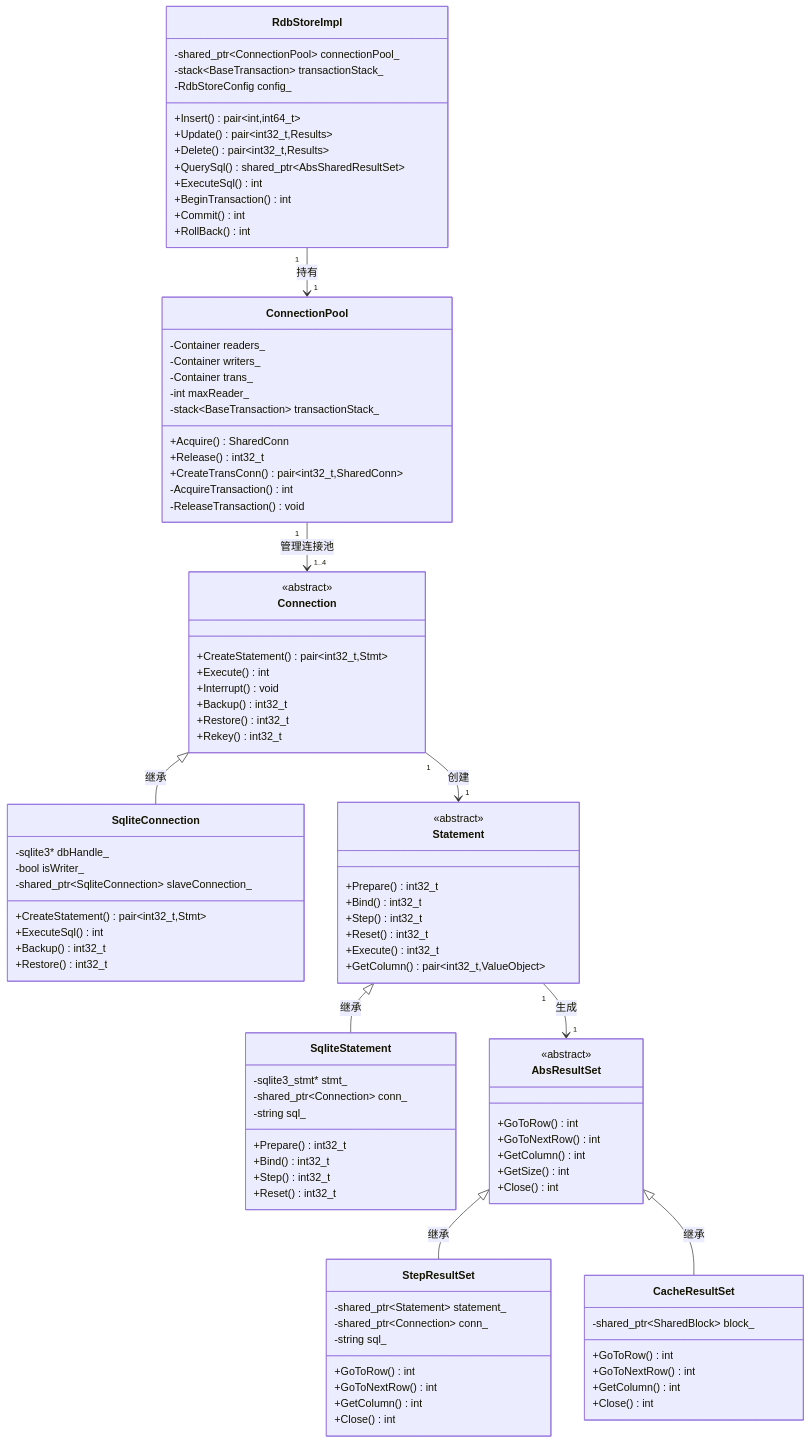
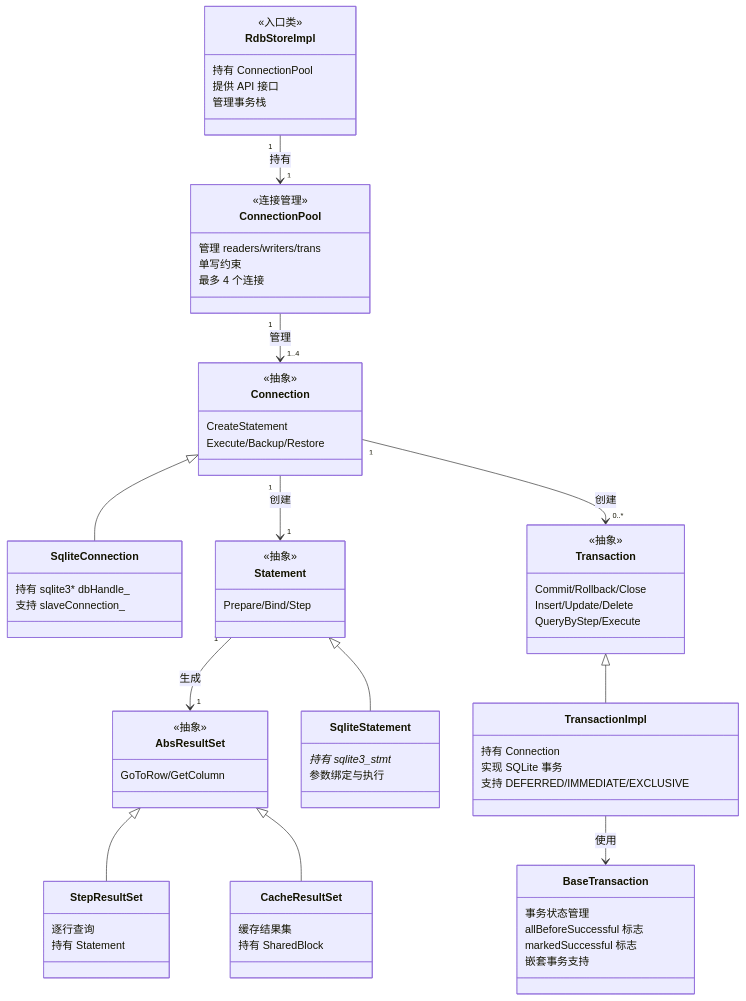
One commit to openharmony/distributeddatamgr_relational_store changed the diagram in docs/rdb_native.md. Above: the diagram before and after it, drawn with Mermaid. The commit also changed other lines of this file and 1 other file, not shown here.

Commit message:
docs: 更新 AGENTS.md 和 rdb_native.md 文档内容
1. AGENTS.md: 完善代码目录分层结构说明，增加分层原则；简化技术栈和核心依赖表；优化 Pitfall 描述；修正模块名(icu->relational_store_icu)；简化外部依赖降级策略；更新 Docs Index 排序

2. rdb_native.md: 简化类图使用简洁描述；增加 Transaction/BaseTransaction 类图节点；精简核心类说明；增加 Connection 职责边界说明；更新目录结构增加 transaction 文件

3. 根据检视意见修改：补充 rd 目录；删除无关 Anti-Patterns 条目；ability_runtime 降级策略改为功能降级而非交叉引用 Pitfall 3

Fixes #2518

````diff
--- a/docs/rdb_native.md
+++ b/docs/rdb_native.md
@@ -7,105 +7,84 @@
 ```mermaid
 classDiagram
     class RdbStoreImpl {
-        -shared_ptr~ConnectionPool~ connectionPool_
-        -stack~BaseTransaction~ transactionStack_
-        -RdbStoreConfig config_
-        +Insert() pair~int,int64_t~
-        +Update() pair~int32_t,Results~
-        +Delete() pair~int32_t,Results~
-        +QuerySql() shared_ptr~AbsSharedResultSet~
-        +ExecuteSql() int
-        +BeginTransaction() int
-        +Commit() int
-        +RollBack() int
+        <<入口类>>
+        持有 ConnectionPool
+        提供 API 接口
+        管理事务栈
     }
 
     class ConnectionPool {
-        -Container readers_
-        -Container writers_
-        -Container trans_
-        -int maxReader_
-        -stack~BaseTransaction~ transactionStack_
-        +Acquire() SharedConn
-        +Release() int32_t
-        +CreateTransConn() pair~int32_t,SharedConn~
-        -AcquireTransaction() int
-        -ReleaseTransaction() void
+        <<连接管理>>
+        管理 readers/writers/trans
+        单写约束
+        最多 4 个连接
     }
 
     class Connection {
-        <<abstract>>
-        +CreateStatement() pair~int32_t,Stmt~
-        +Execute() int
-        +Interrupt() void
-        +Backup() int32_t
-        +Restore() int32_t
-        +Rekey() int32_t
+        <<抽象>>
+        CreateStatement
+        Execute/Backup/Restore
     }
 
     class SqliteConnection {
-        -sqlite3* dbHandle_
-        -bool isWriter_
-        -shared_ptr~SqliteConnection~ slaveConnection_
-        +CreateStatement() pair~int32_t,Stmt~
-        +ExecuteSql() int
-        +Backup() int32_t
-        +Restore() int32_t
+        持有 sqlite3* dbHandle_
+        支持 slaveConnection_
+    }
+
+    class Transaction {
+        <<抽象>>
+        Commit/Rollback/Close
+        Insert/Update/Delete
+        QueryByStep/Execute
+    }
+
+    class TransactionImpl {
+        持有 Connection
+        实现 SQLite 事务
+        支持 DEFERRED/IMMEDIATE/EXCLUSIVE
+    }
+
+    class BaseTransaction {
+        事务状态管理
+        allBeforeSuccessful 标志
+        markedSuccessful 标志
+        嵌套事务支持
     }
 
     class Statement {
-        <<abstract>>
-        +Prepare() int32_t
-        +Bind() int32_t
-        +Step() int32_t
-        +Reset() int32_t
-        +Execute() int32_t
-        +GetColumn() pair~int32_t,ValueObject~
+        <<抽象>>
+        Prepare/Bind/Step
     }
 
     class SqliteStatement {
-        -sqlite3_stmt* stmt_
-        -shared_ptr~Connection~ conn_
-        -string sql_
-        +Prepare() int32_t
-        +Bind() int32_t
-        +Step() int32_t
-        +Reset() int32_t
+        持有 sqlite3_stmt*
+        参数绑定与执行
     }
 
     class AbsResultSet {
-        <<abstract>>
-        +GoToRow() int
-        +GoToNextRow() int
-        +GetColumn() int
-        +GetSize() int
-        +Close() int
+        <<抽象>>
+        GoToRow/GetColumn
     }
 
     class StepResultSet {
-        -shared_ptr~Statement~ statement_
-        -shared_ptr~Connection~ conn_
-        -string sql_
-        +GoToRow() int
-        +GoToNextRow() int
-        +GetColumn() int
-        +Close() int
+        逐行查询
+        持有 Statement
     }
 
     class CacheResultSet {
-        -shared_ptr~SharedBlock~ block_
-        +GoToRow() int
-        +GoToNextRow() int
-        +GetColumn() int
-        +Close() int
+        缓存结果集
+        持有 SharedBlock
     }
 
     RdbStoreImpl "1" --> "1" ConnectionPool : 持有
-    ConnectionPool "1" --> "1..4" Connection : 管理连接池
-    Connection <|-- SqliteConnection : 继承
+    ConnectionPool "1" --> "1..4" Connection : 管理
+    Connection <|-- SqliteConnection
     Connection "1" --> "1" Statement : 创建
-    Statement <|-- SqliteStatement : 继承
+    Connection "1" --> "0..*" Transaction : 创建
+    Statement <|-- SqliteStatement
     Statement "1" --> "1" AbsResultSet : 生成
-    AbsResultSet <|-- StepResultSet : 继承
-    AbsResultSet <|-- CacheResultSet : 继承
+    Transaction <|-- TransactionImpl
+    TransactionImpl --> BaseTransaction : 使用
+    AbsResultSet <|-- StepResultSet
+    AbsResultSet <|-- CacheResultSet
 ```
````
